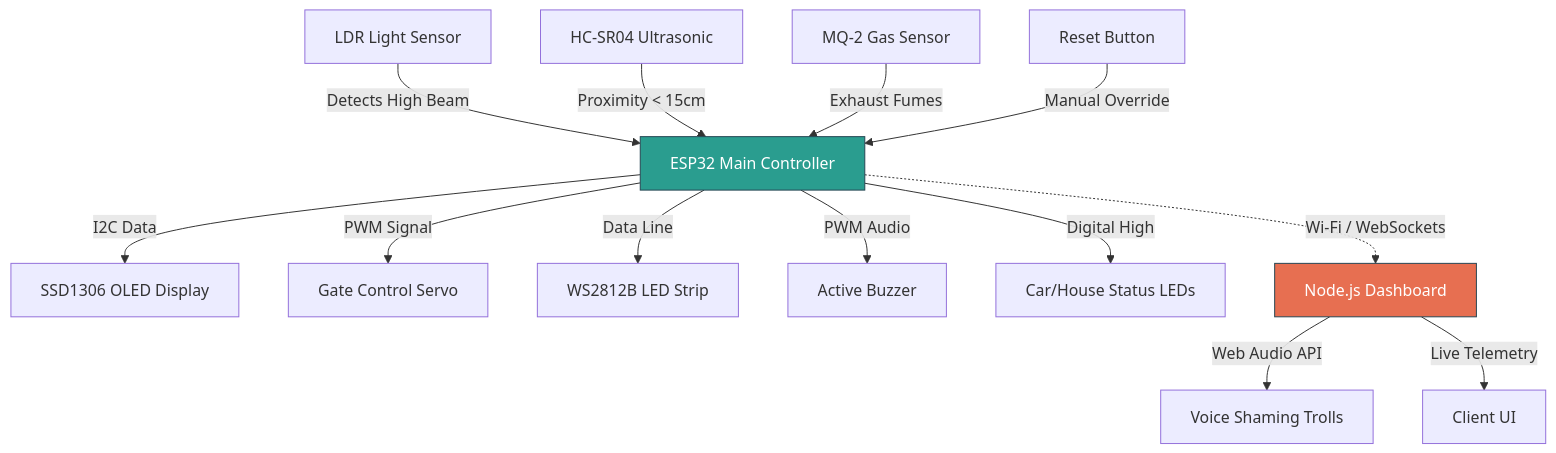
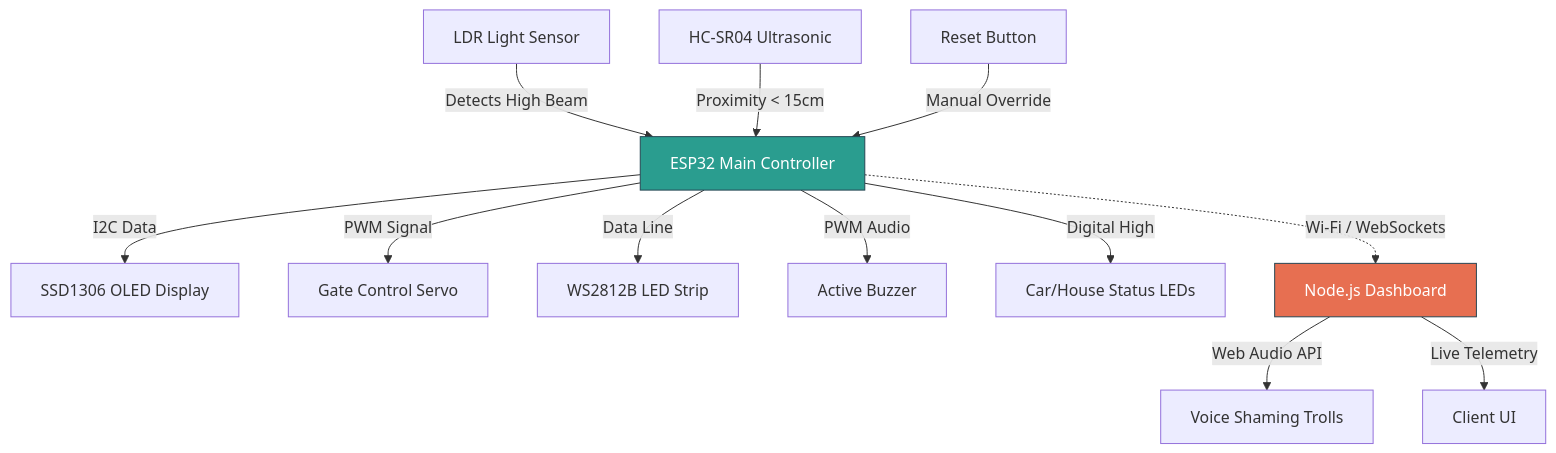
The diagram in README.md (FM9447/useless_project_temp), drawn with Mermaid before and after one commit. The commit also changed other lines of this file, not shown here.

Commit message:
Remove MQ-2 Gas Sensor from documentation
Removed MQ-2 Gas Sensor references from the README.

````diff
--- a/README.md
+++ b/README.md
@@ -62,23 +62,22 @@
 ```mermaid
 graph TD
     %% Hardware Inputs
     LDR[LDR Light Sensor] -->|Detects High Beam| ESP32[ESP32 Main Controller]
     Sonar[HC-SR04 Ultrasonic] -->|Proximity < 15cm| ESP32
-    MQ2[MQ-2 Gas Sensor] -->|Exhaust Fumes| ESP32
     Btn[Reset Button] -->|Manual Override| ESP32
 
     %% Hardware Outputs
     ESP32 -->|I2C Data| OLED[SSD1306 OLED Display]
     ESP32 -->|PWM Signal| Servo[Gate Control Servo]
     ESP32 -->|Data Line| WS2812B[WS2812B LED Strip]
     ESP32 -->|PWM Audio| Buzzer[Active Buzzer]
     ESP32 -->|Digital High| LEDs[Car/House Status LEDs]
     
     %% Networking & Web Dashboard
     ESP32 -.->|Wi-Fi / WebSockets| Server[Node.js Dashboard]
     Server -->|Web Audio API| Audio[Voice Shaming Trolls]
     Server -->|Live Telemetry| Browser[Client UI]
     
     style ESP32 fill:#2a9d8f,stroke:#264653,color:#fff
     style Server fill:#e76f51,stroke:#264653,color:#fff
 ```
````
